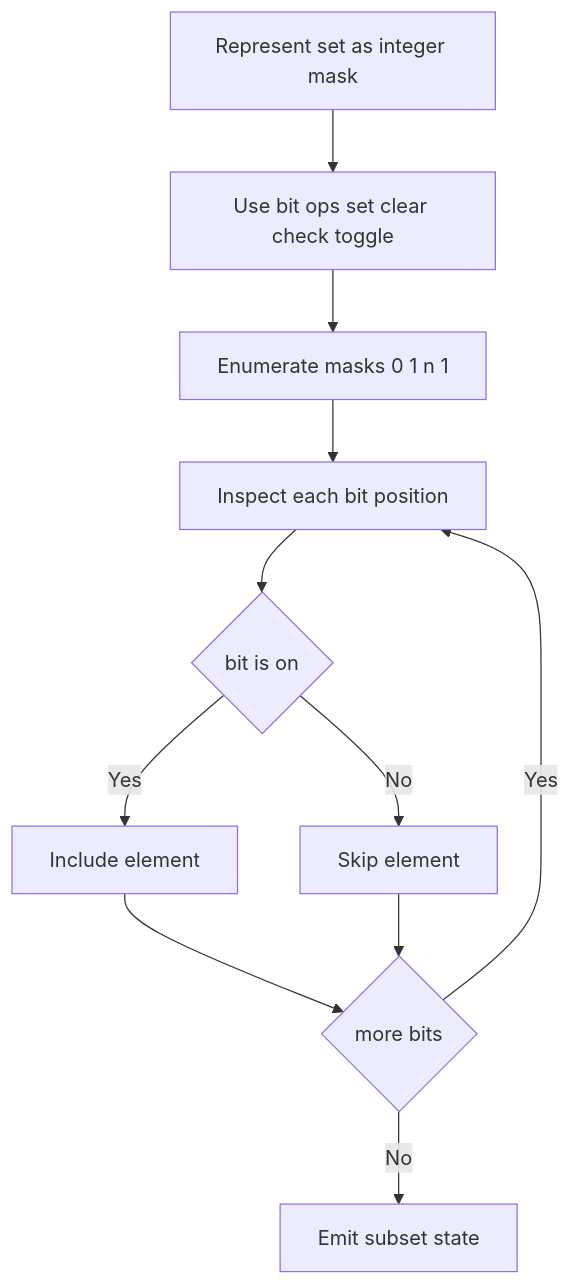
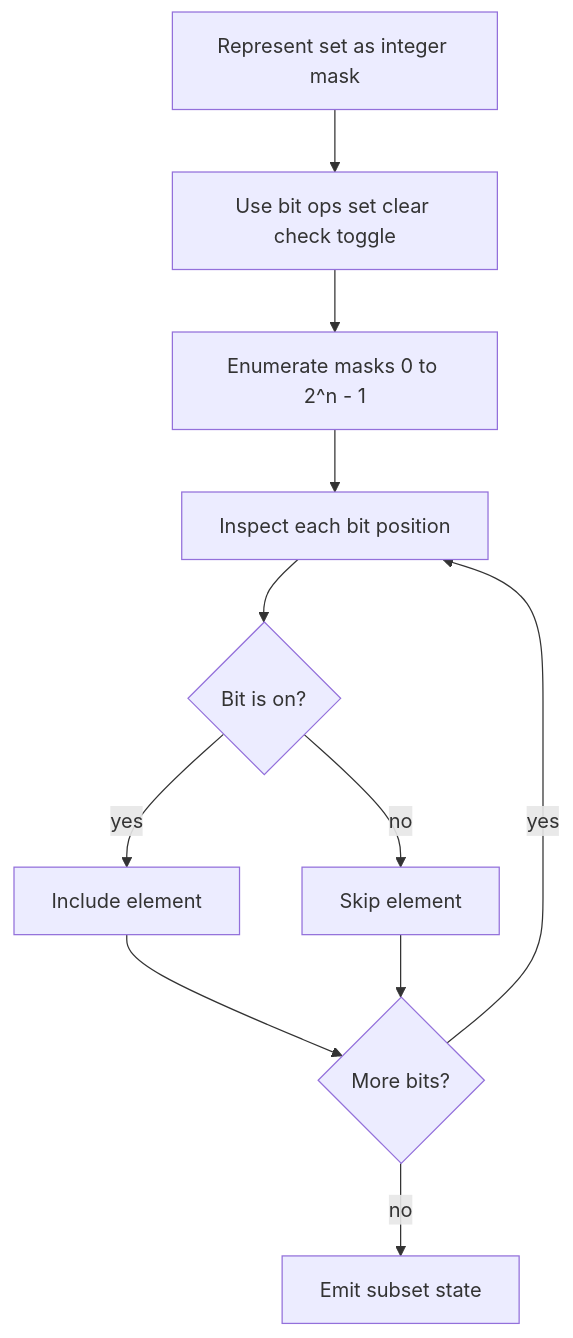
Before and after one commit to choisimo/document: the diagram in content/docs/algorithms/algorithm-architect/11-bit-masking/01-bit-masking.md, drawn with Mermaid. The commit also changed other lines of this file and 432 other files, not shown here.

````diff
--- a/content/docs/algorithms/algorithm-architect/11-bit-masking/01-bit-masking.md
+++ b/content/docs/algorithms/algorithm-architect/11-bit-masking/01-bit-masking.md
@@ -12,13 +72,13 @@
 ```mermaid
 flowchart TD
     A[Represent set as integer mask] --> B[Use bit ops set clear check toggle]
-    B --> C[Enumerate masks 0 1 n 1]
+    B --> C[Enumerate masks 0 to 2^n - 1]
     C --> D[Inspect each bit position]
-    D --> E{bit is on}
-    E -- Yes --> F[Include element]
-    E -- No --> G[Skip element]
-    F --> H{more bits}
+    D --> E{Bit is on?}
+    E -- yes --> F[Include element]
+    E -- no --> G[Skip element]
+    F --> H{More bits?}
     G --> H
-    H -- Yes --> D
-    H -- No --> I[Emit subset state]
+    H -- yes --> D
+    H -- no --> I[Emit subset state]
 ```
````
